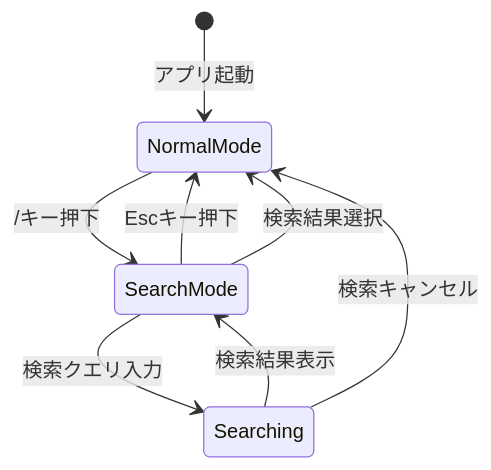
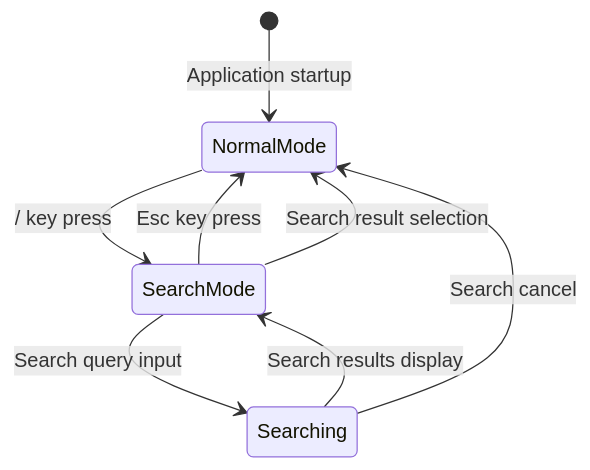
The sixth of 10 diagrams in docs/architecture-diagrams.md (tom555-555/tuimv), drawn with Mermaid before and after one commit. The commit also changed other lines of this file and 3 other files, not shown here.

````diff
--- a/docs/architecture-diagrams.md
+++ b/docs/architecture-diagrams.md
@@ -182,13 +184,13 @@
 ```mermaid
 stateDiagram-v2
-    [*] --> NormalMode : アプリ起動
+    [*] --> NormalMode : Application startup
     
-    NormalMode --> SearchMode : /キー押下
-    SearchMode --> NormalMode : Escキー押下
+    NormalMode --> SearchMode : / key press
+    SearchMode --> NormalMode : Esc key press
     
-    SearchMode --> Searching : 検索クエリ入力
-    Searching --> SearchMode : 検索結果表示
+    SearchMode --> Searching : Search query input
+    Searching --> SearchMode : Search results display
     
-    SearchMode --> NormalMode : 検索結果選択
-    Searching --> NormalMode : 検索キャンセル
+    SearchMode --> NormalMode : Search result selection
+    Searching --> NormalMode : Search cancel
 ```
````
